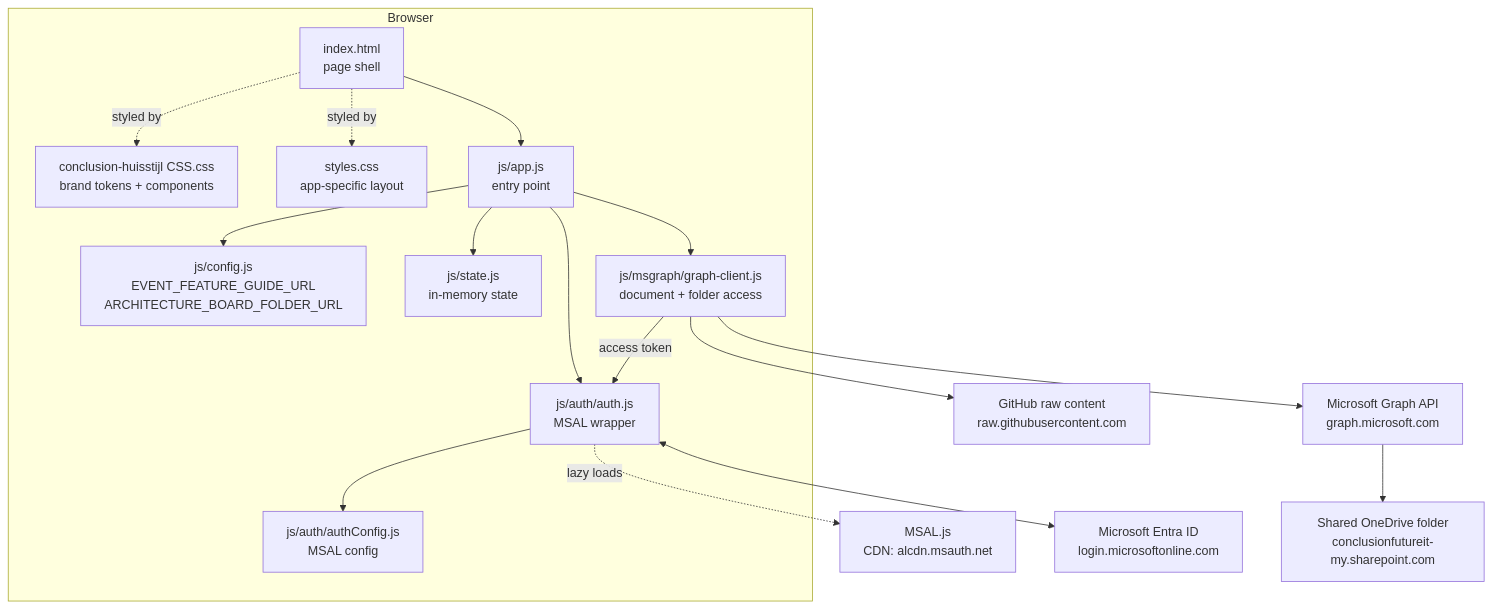
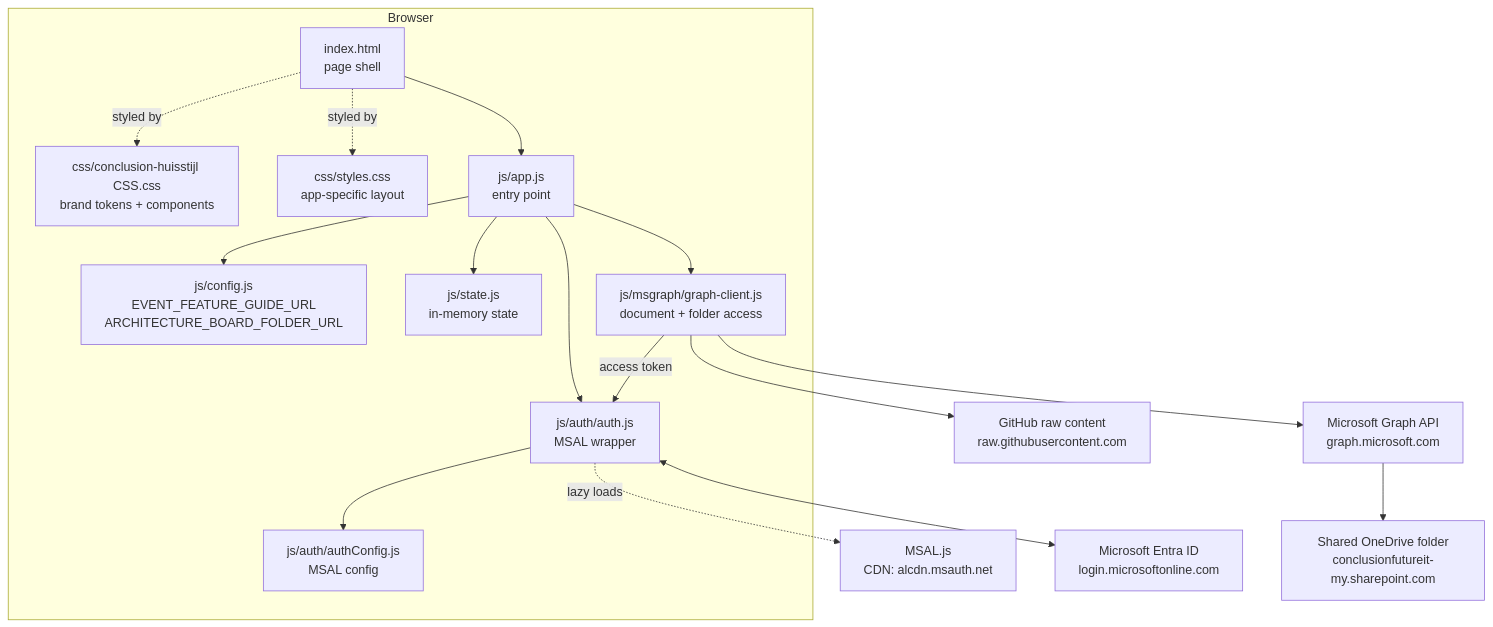
Before and after one commit to lucasjellema/cab-app: the first of 3 diagrams in architecture.md, drawn with Mermaid. The commit also changed other lines of this file and 6 other files, not shown here.

````diff
--- a/architecture.md
+++ b/architecture.md
@@ -46,35 +46,35 @@
 ```mermaid
 flowchart TB
     subgraph Browser
         HTML[index.html<br/>page shell]
-        CSS1[conclusion-huisstijl CSS.css<br/>brand tokens + components]
-        CSS2[styles.css<br/>app-specific layout]
+        CSS1[css/conclusion-huisstijl CSS.css<br/>brand tokens + components]
+        CSS2[css/styles.css<br/>app-specific layout]
         APP[js/app.js<br/>entry point]
         CFG[js/config.js<br/>EVENT_FEATURE_GUIDE_URL<br/>ARCHITECTURE_BOARD_FOLDER_URL]
         STATE[js/state.js<br/>in-memory state]
         AUTHCFG[js/auth/authConfig.js<br/>MSAL config]
         AUTH[js/auth/auth.js<br/>MSAL wrapper]
         GRAPH[js/msgraph/graph-client.js<br/>document + folder access]
     end
 
     MSAL[MSAL.js<br/>CDN: alcdn.msauth.net]
     ENTRA[Microsoft Entra ID<br/>login.microsoftonline.com]
     GH[GitHub raw content<br/>raw.githubusercontent.com]
     GRAPHAPI[Microsoft Graph API<br/>graph.microsoft.com]
     OD[Shared OneDrive folder<br/>conclusionfutureit-my.sharepoint.com]
 
     HTML --> APP
     HTML -.styled by.-> CSS1
     HTML -.styled by.-> CSS2
     APP --> STATE
     APP --> CFG
     APP --> AUTH
     APP --> GRAPH
     AUTH --> AUTHCFG
     AUTH -. lazy loads .-> MSAL
     AUTH <--> ENTRA
     GRAPH --> GH
     GRAPH -- access token --> AUTH
     GRAPH --> GRAPHAPI
     GRAPHAPI --> OD
 ```
````
